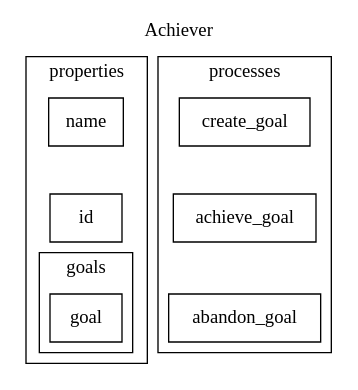
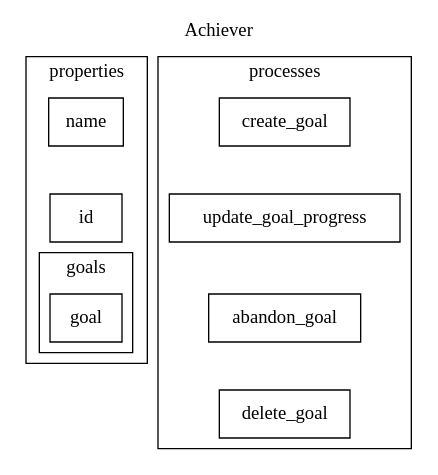
The diagram in design/models/community-goal-tracker/achiever.dot (emerson-argueta/postgres-react-golang-template), drawn with Graphviz before and after one commit. The commit also changed 3 other files, not shown here.

```diff
--- a/design/models/community-goal-tracker/achiever.dot
+++ b/design/models/community-goal-tracker/achiever.dot
@@ -1,26 +1,30 @@
 digraph achiever{
     labelloc=t
     label="Achiever"
     subgraph cluster_achiever_properties{
         label="properties"
         
         name[shape=rectangle]
         id[shape=rectangle]
         subgraph cluster_goals{
             label=goals
             goal[shape=rectangle]
+        
         }
         
         name->id->goal[style=invis]
     }
     subgraph cluster_achiever_processes{
         label="processes"
         create_goal[shape=rectangle]
-        achieve_goal[shape=rectangle]
+        update_goal_progress[shape=rectangle]
         abandon_goal[shape=rectangle]
+        delete_goal[shape=rectangle]
 
         create_goal->
-        achieve_goal->
-        abandon_goal[style=invis]
+        update_goal_progress->
+        abandon_goal->
+        delete_goal
+        [style=invis]
     }
 }
```
